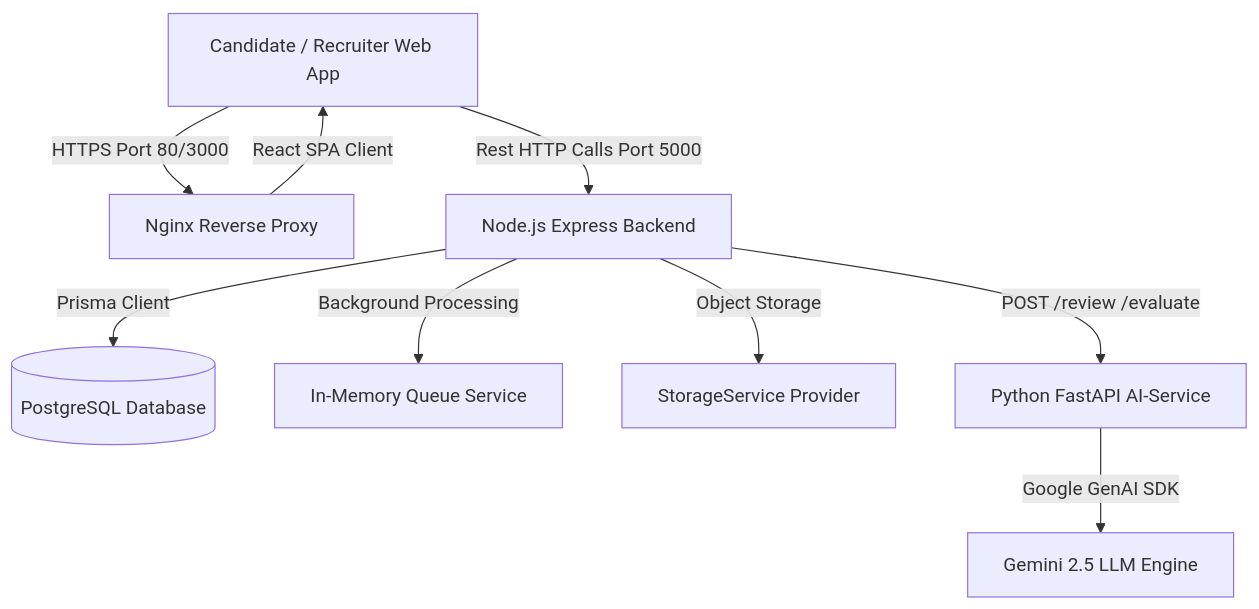
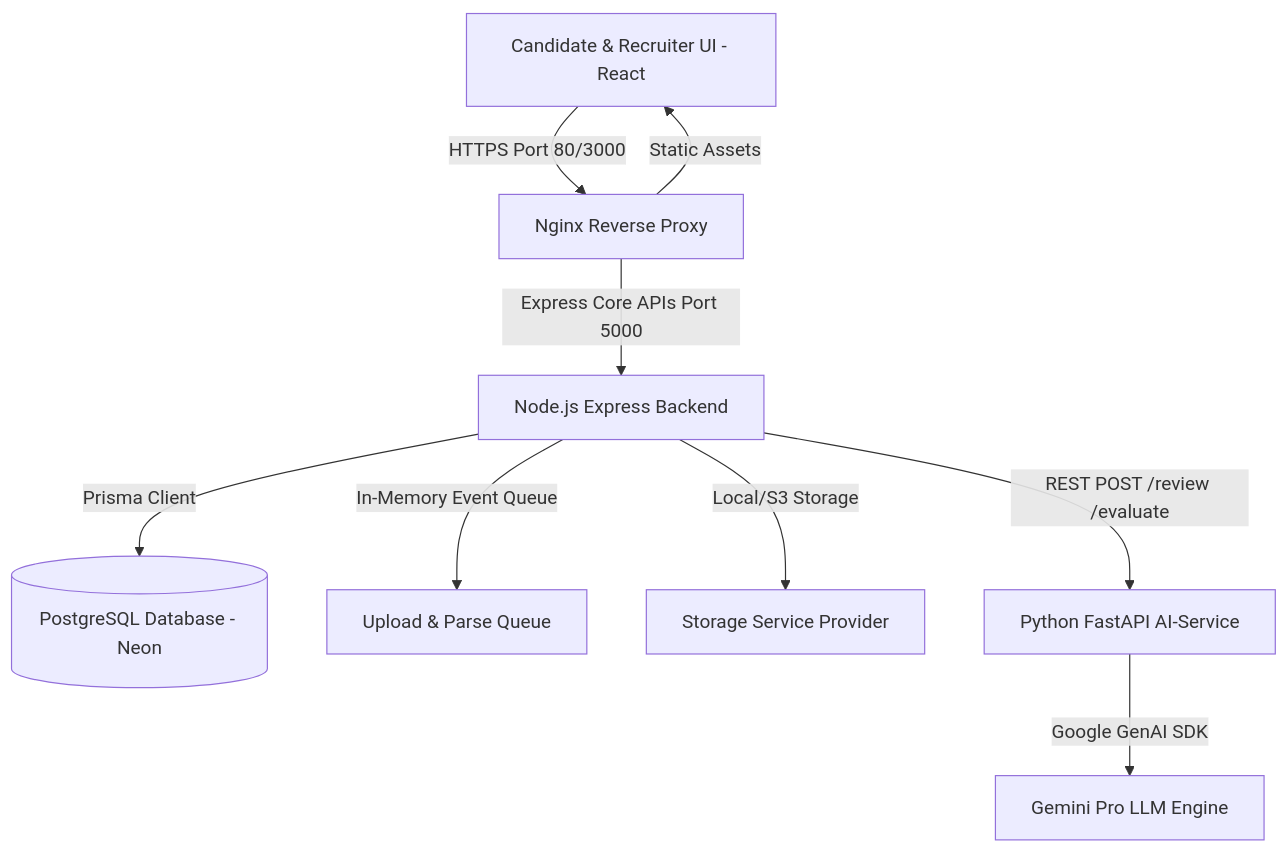
One commit to AshishG66/HireSense-AI changed the first of 4 diagrams in README.md. Above: the diagram before and after it, drawn with Mermaid. The commit also changed other lines of this file and 44 other files, not shown here.

Commit message:
docs: create world-class GitHub README with screenshots, architecture diagrams, live demo and showcase assets

````diff
--- a/README.md
+++ b/README.md
@@ -11,13 +39,13 @@
 ```mermaid
 graph TD
-    UserBrowser[Candidate / Recruiter Web App] -->|HTTPS Port 80/3000| Nginx[Nginx Reverse Proxy]
-    Nginx -->|React SPA Client| UserBrowser
-    
-    UserBrowser -->|Rest HTTP Calls Port 5000| Express[Node.js Express Backend]
-    Express -->|Prisma Client| DB[(PostgreSQL Database)]
-    Express -->|Background Processing| WorkQueue[In-Memory Queue Service]
-    Express -->|Object Storage| LocalStorage[StorageService Provider]
-    Express -->|POST /review /evaluate| FastAPI[Python FastAPI AI-Service]
-    
-    FastAPI -->|Google GenAI SDK| Gemini[Gemini 2.5 LLM Engine]
+    Client[Candidate & Recruiter UI - React] -->|HTTPS Port 80/3000| Nginx[Nginx Reverse Proxy]
+    Nginx -->|Static Assets| Client
+    Nginx -->|Express Core APIs Port 5000| Express[Node.js Express Backend]
+
+    Express -->|Prisma Client| DB[(PostgreSQL Database - Neon)]
+    Express -->|In-Memory Event Queue| InMemQueue[Upload & Parse Queue]
+    Express -->|Local/S3 Storage| Storage[Storage Service Provider]
+    Express -->|REST POST /review /evaluate| FastAPI[Python FastAPI AI-Service]
+
+    FastAPI -->|Google GenAI SDK| Gemini[Gemini Pro LLM Engine]
 ```
````
